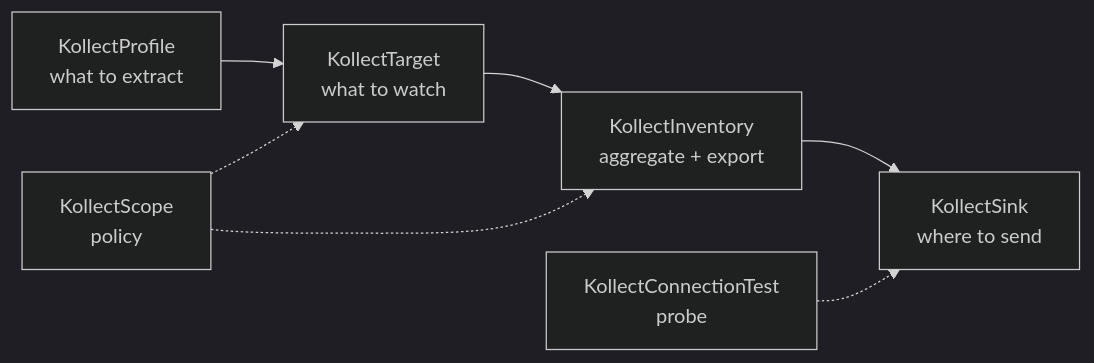
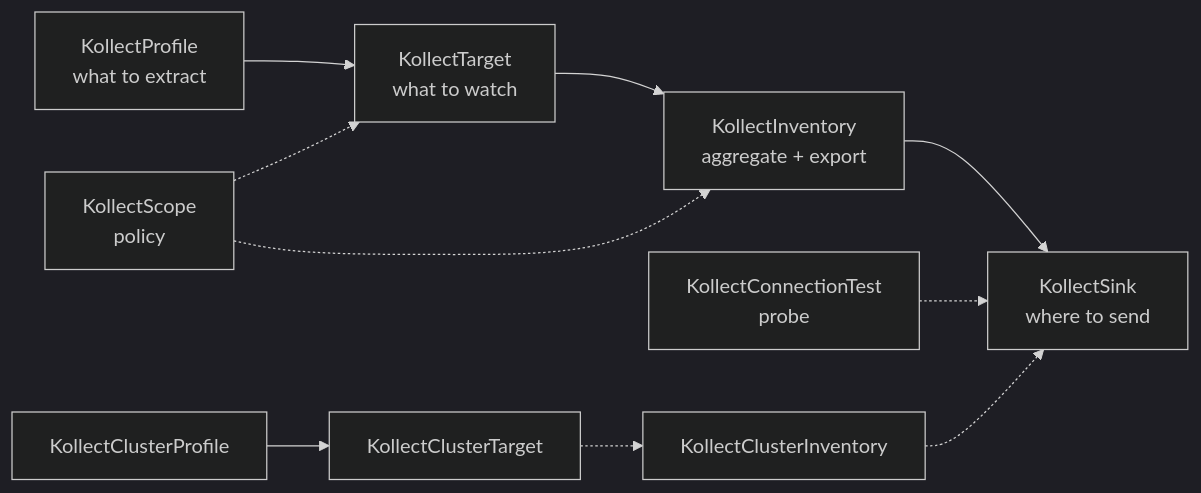
One commit to PlatformRelay/Kollect changed the diagram in docs/CR-REFERENCE.md. Above: the diagram before and after it, drawn with Mermaid (dark theme). The commit also changed other lines of this file and 7 other files, not shown here.

First line of the commit message:
:page_facing_up: docs: polish CR reference and hub data flows

````diff
--- a/docs/CR-REFERENCE.md
+++ b/docs/CR-REFERENCE.md
@@ -19,16 +19,22 @@
 ```mermaid
 flowchart LR
   Profile[KollectProfile<br/>what to extract]
   Scope[KollectScope<br/>policy]
   Target[KollectTarget<br/>what to watch]
   Inv[KollectInventory<br/>aggregate + export]
   Sink[KollectSink<br/>where to send]
   ConnTest[KollectConnectionTest<br/>probe]
+  CProf[KollectClusterProfile]
+  CTarget[KollectClusterTarget]
+  CInv[KollectClusterInventory]
 
   Profile --> Target
   Scope -.-> Target
   Scope -.-> Inv
   Target --> Inv
   Inv --> Sink
   ConnTest -.-> Sink
+  CProf --> CTarget
+  CTarget -.-> CInv
+  CInv -.-> Sink
 ```
````
